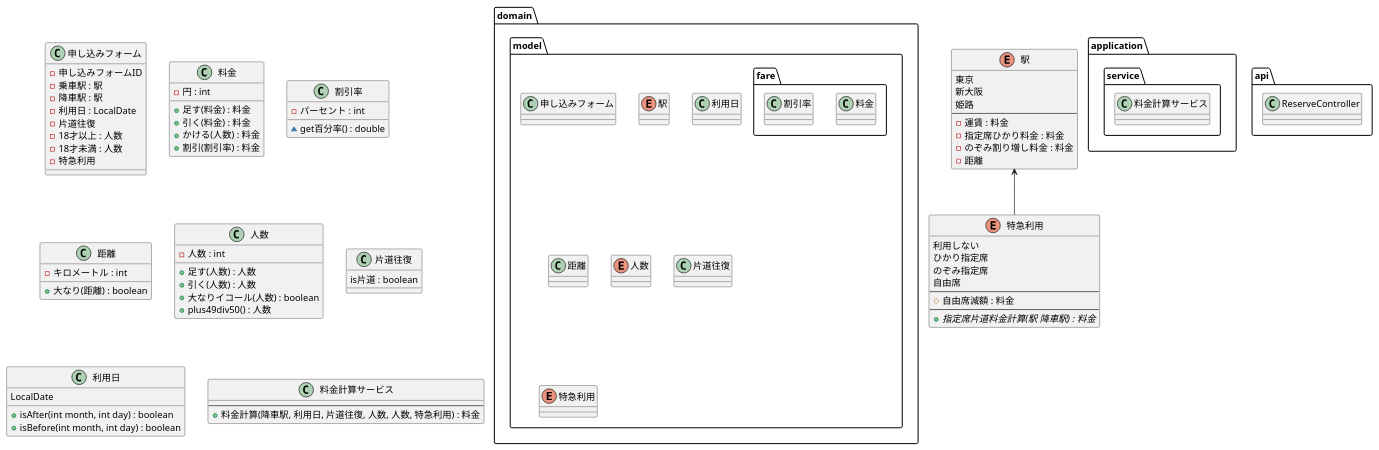
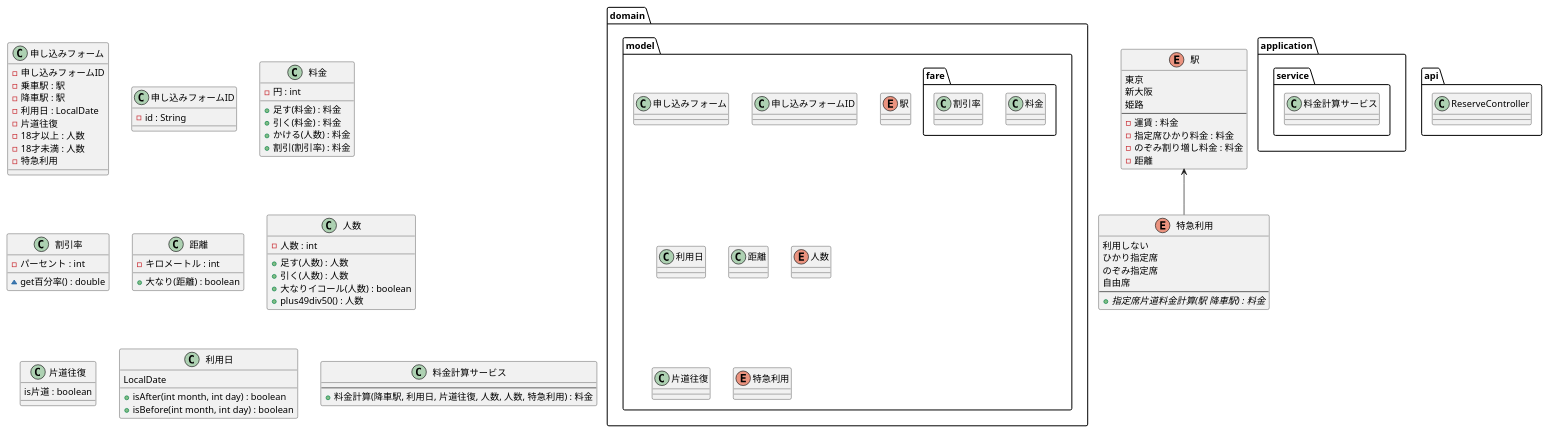
The diagram in uml/class.puml (MiuraKotaro/jr-pricing), drawn with PlantUML before and after one commit. The commit also changed 8 other files, not shown here.

```diff
--- a/uml/class.puml
+++ b/uml/class.puml
@@ -1,106 +1,106 @@
 @startuml
 
 package domain {
     package model {
 
         class 申し込みフォーム
+        class 申し込みフォームID
         enum 駅
         package fare {
             class 料金
             class 割引率
         }
         class 利用日
         class 距離
         enum 人数
         class 片道往復
         enum 特急利用
     }
 
 }
 
 package application {
     package service {
         class 料金計算サービス
     }
 }
 
 package api {
     class ReserveController
 }
 
 class 申し込みフォーム {
     - 申し込みフォームID
     - 乗車駅 : 駅
     - 降車駅 : 駅
     - 利用日 : LocalDate
     - 片道往復
     - 18才以上 : 人数
     - 18才未満 : 人数
     - 特急利用
-
-
+}
+class 申し込みフォームID {
+    - id : String
 }
 enum 駅 {
     東京
     新大阪
     姫路
     --
     - 運賃 : 料金
     - 指定席ひかり料金 : 料金
     - のぞみ割り増し料金 : 料金
     - 距離
 }
 enum 特急利用 {
     利用しない
     ひかり指定席
     のぞみ指定席
     自由席
-    --
-    # 自由席減額 : 料金
     --
     + {abstract} 指定席片道料金計算(駅 降車駅) : 料金
 }
 class 料金 {
     - 円 : int
 
     + 足す(料金) : 料金
     + 引く(料金) : 料金
     + かける(人数) : 料金
     + 割引(割引率) : 料金
 }
 class 割引率 {
     - パーセント : int
 
     ~ get百分率() : double
 }
 class 距離 {
     - キロメートル : int
 
     + 大なり(距離) : boolean
 }
 class 人数 {
     - 人数 : int
 
     + 足す(人数) : 人数
     + 引く(人数) : 人数
     + 大なりイコール(人数) : boolean
     + plus49div50() : 人数
 }
 class 片道往復 {
     is片道 : boolean
 }
 class 利用日 {
     LocalDate
 
     + isAfter(int month, int day) : boolean
     + isBefore(int month, int day) : boolean
 }
 
 class 料金計算サービス {
     --
     + 料金計算(降車駅, 利用日, 片道往復, 人数, 人数, 特急利用) : 料金
 }
 
 駅 <-- 特急利用
 
 @enduml
```
